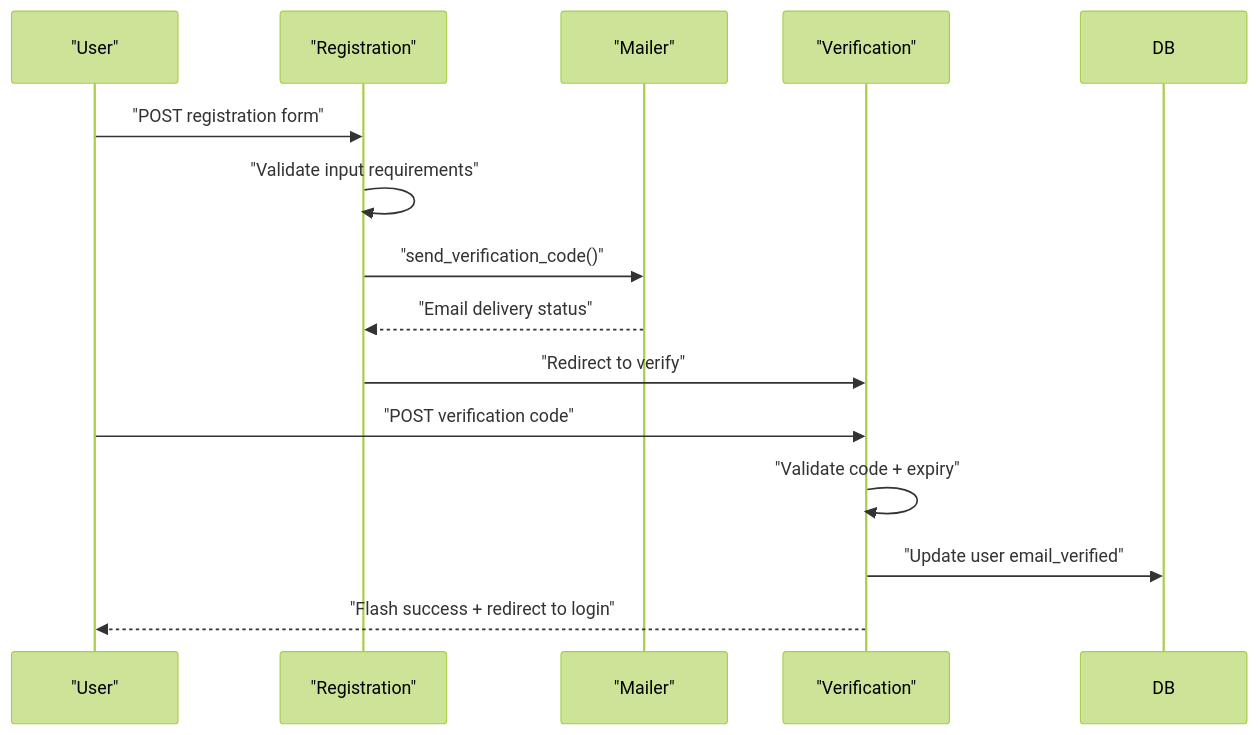
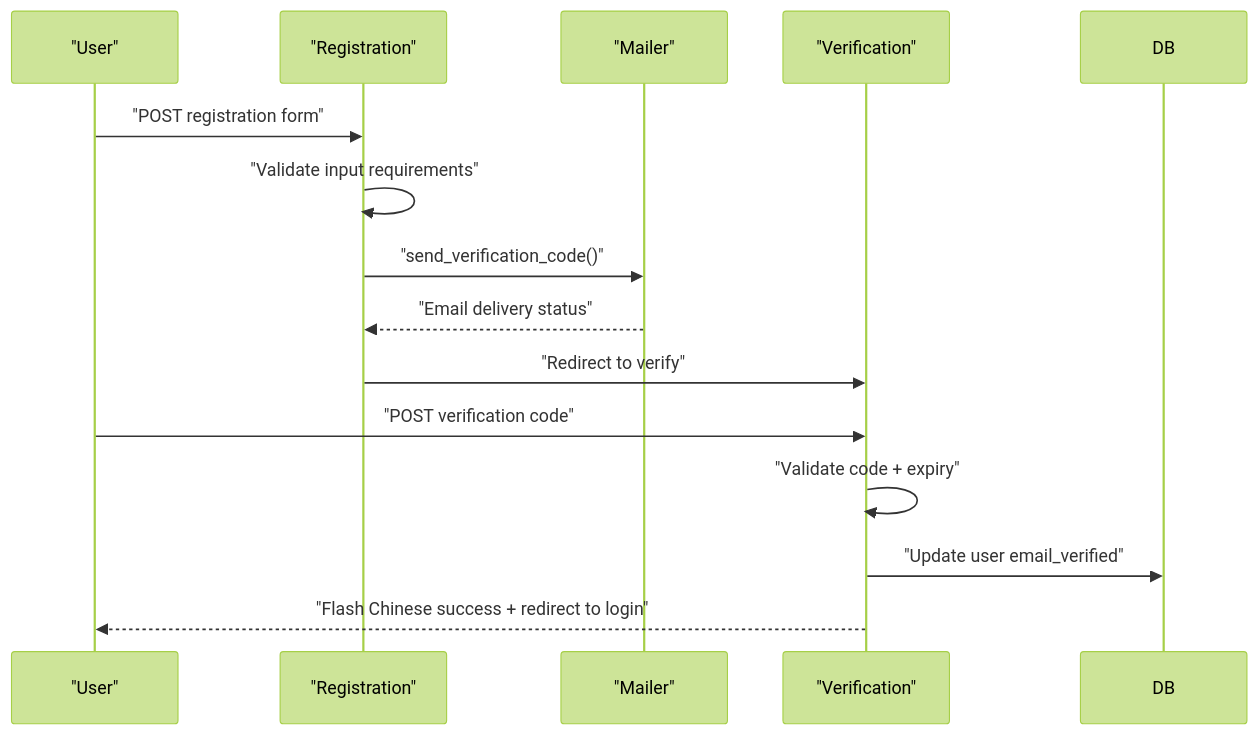
The sixth of 6 diagrams in .qoder/repowiki/en/content/Frontend Application/Frontend Application.md (PolarisW007/PolaZhenJing), drawn with Mermaid (forest theme) before and after one commit. The commit also changed other lines of this file and 8 other files, not shown here.

````diff
--- a/.qoder/repowiki/en/content/Frontend Application/Frontend Application.md
+++ b/.qoder/repowiki/en/content/Frontend Application/Frontend Application.md
@@ -289,16 +291,16 @@
 ```mermaid
 sequenceDiagram
 participant U as "User"
 participant R as "Registration"
 participant M as "Mailer"
 participant V as "Verification"
 U->>R : "POST registration form"
 R->>R : "Validate input requirements"
 R->>M : "send_verification_code()"
 M-->>R : "Email delivery status"
 R->>V : "Redirect to verify"
 U->>V : "POST verification code"
 V->>V : "Validate code + expiry"
 V->>DB : "Update user email_verified"
-V-->>U : "Flash success + redirect to login"
+V-->>U : "Flash Chinese success + redirect to login"
 ```
````
